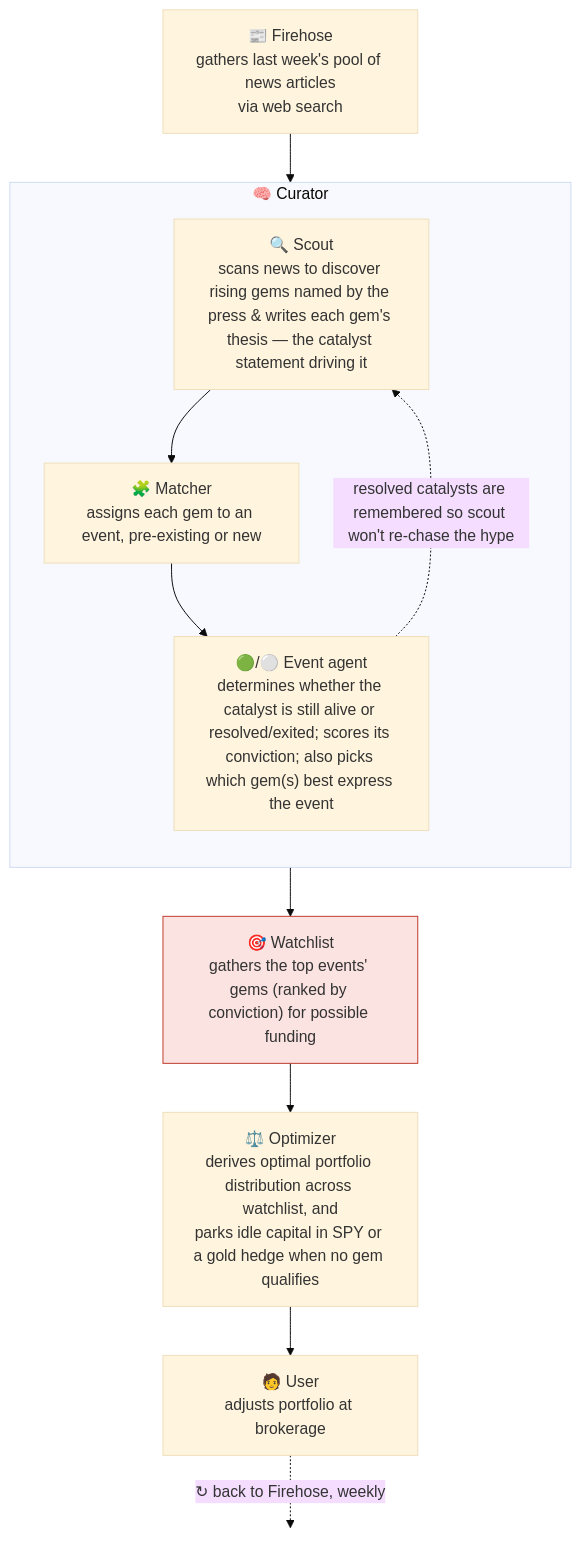
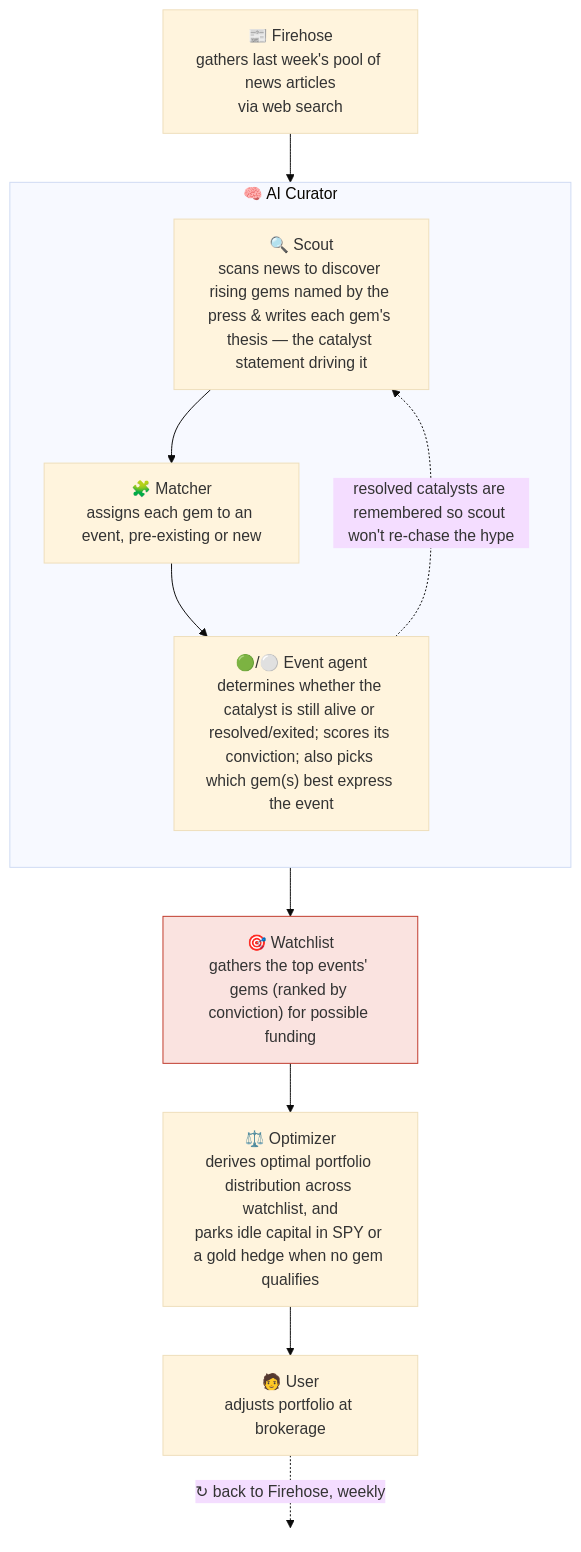
Before and after one commit to joehahn/geo-herd-rider: the diagram in README.md, drawn with Mermaid (base theme).

Commit message:
README diagram: label the curator '🧠 AI Curator' (vs the mechanical Optimizer/ranking)

````diff
--- a/README.md
+++ b/README.md
@@ -18,26 +18,26 @@
 ```mermaid
 flowchart TD
     S["📰 Firehose<br/>gathers last week's pool of news articles<br/>via web search"]
     S --> SC
 
-    subgraph CUR["🧠 Curator"]
+    subgraph CUR["🧠 AI Curator"]
       direction TB
       SC["🔍 Scout<br/>scans news to discover rising gems named by the press & writes each gem's thesis — the catalyst statement driving it"]
       MA["🧩 Matcher<br/>assigns each gem to an event, pre-existing or new"]
       AG["🟢/⚪ Event agent<br/>determines whether the catalyst is still alive or resolved/exited; scores its conviction; also picks which gem(s) best express the event"]
       SC --> MA --> AG
     end
 
     E["🎯 Watchlist<br/>gathers the top events' gems (ranked by conviction) for possible funding"]
     W["⚖️ Optimizer<br/>derives optimal portfolio distribution across watchlist, and<br/>parks idle capital in SPY or a gold hedge when no gem qualifies"]
     U["🧑 User<br/>adjusts portfolio at brokerage"]
 
     AG --> E
     AG -. "resolved catalysts are remembered so scout won't re-chase the hype" .-> SC
     E --> W --> U
     U -. "↻ back to Firehose, weekly" .-> X(( ))
     style X fill:none,stroke:none
 
     classDef bet fill:#fae3e0,stroke:#c0392b;
     class E bet
 ```
````
